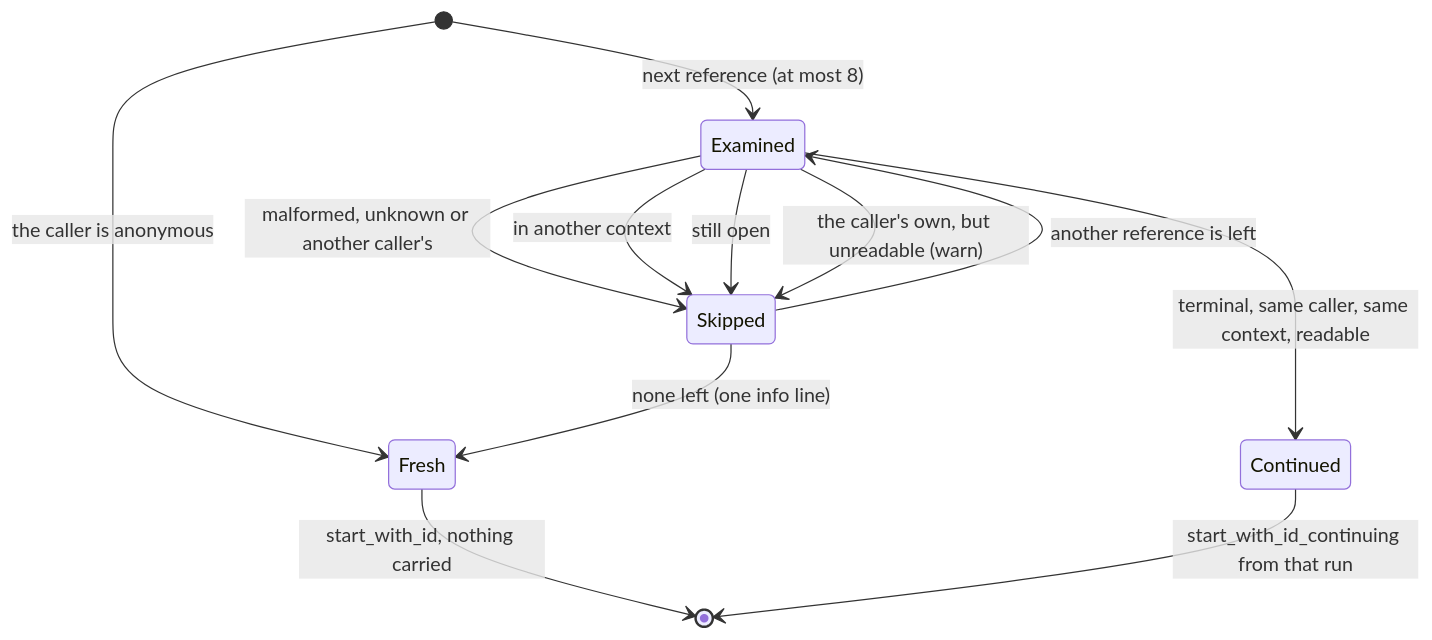
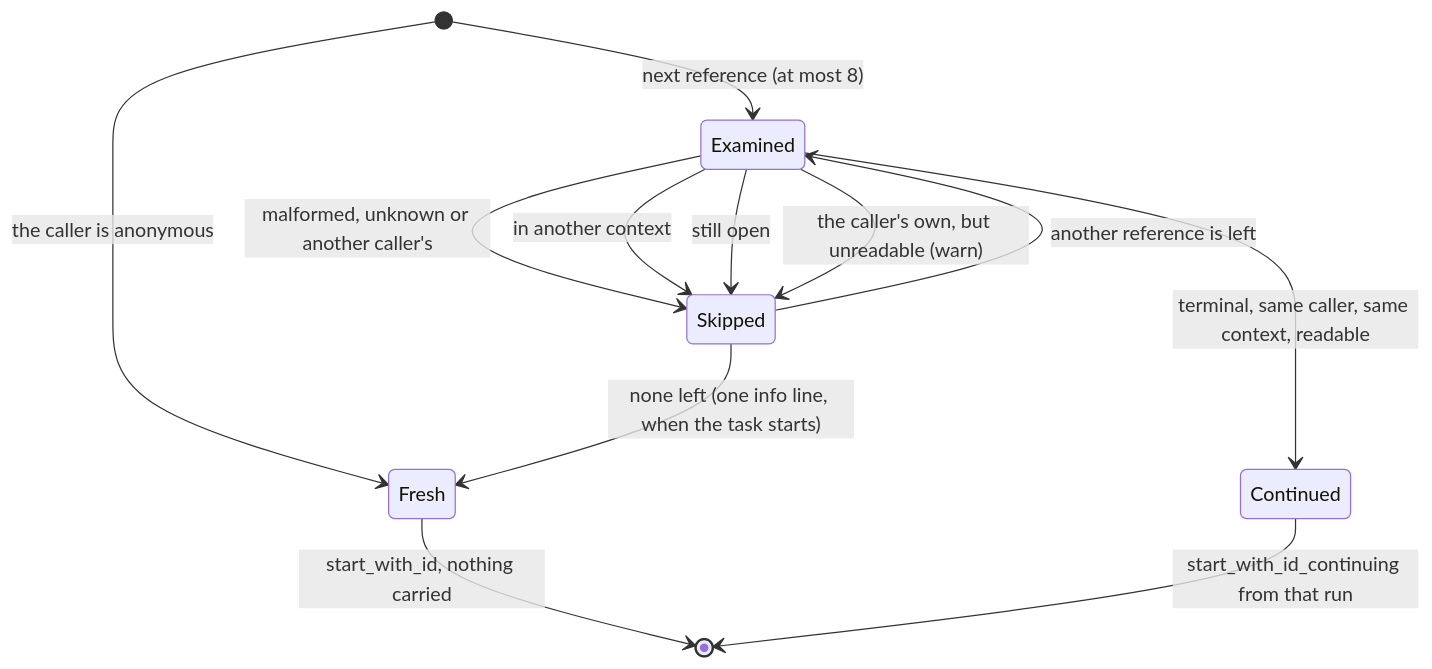
Before and after one commit to vymalo/another-adam-rs: the second of 4 diagrams in docs/decisions/0003-a-new-task-continues-the-task-it-references.md, drawn with Mermaid. The commit also changed other lines of this file and 4 other files, not shown here.

````diff
--- a/docs/decisions/0003-a-new-task-continues-the-task-it-references.md
+++ b/docs/decisions/0003-a-new-task-continues-the-task-it-references.md
@@ -202,14 +209,14 @@
 ```mermaid
 stateDiagram-v2
     [*] --> Fresh: the caller is anonymous
     [*] --> Examined: next reference (at most 8)
     Examined --> Skipped: malformed, unknown or another caller's
     Examined --> Skipped: in another context
     Examined --> Skipped: still open
     Examined --> Skipped: the caller's own, but unreadable (warn)
     Skipped --> Examined: another reference is left
-    Skipped --> Fresh: none left (one info line)
+    Skipped --> Fresh: none left (one info line, when the task starts)
     Examined --> Continued: terminal, same caller, same context, readable
     Fresh --> [*]: start_with_id, nothing carried
     Continued --> [*]: start_with_id_continuing from that run
 ```
````
